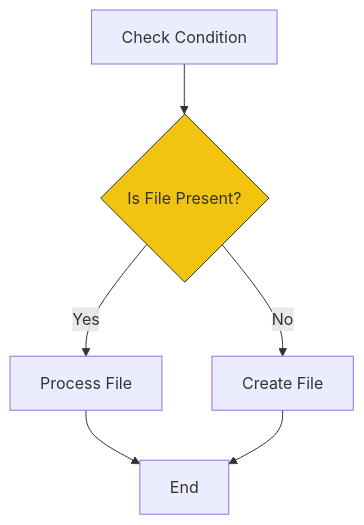
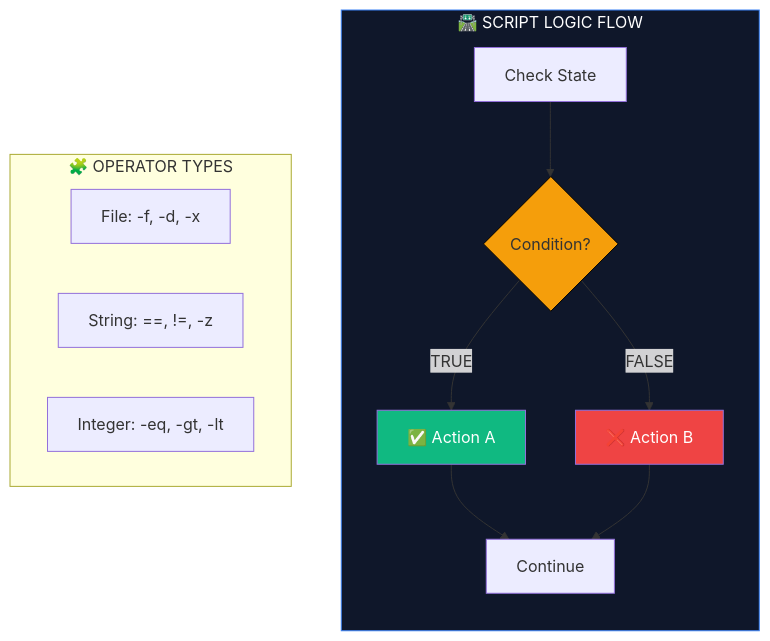
The diagram in 1-Beginner/02-Phase-2/02-Automation/01-Shell-Scripting/15-Conditionals/README.md (Ganil151/Devops), drawn with Mermaid before and after one commit. The commit also changed other lines of this file and 17 other files, not shown here.

````diff
--- a/1-Beginner/02-Phase-2/02-Automation/01-Shell-Scripting/15-Conditionals/README.md
+++ b/1-Beginner/02-Phase-2/02-Automation/01-Shell-Scripting/15-Conditionals/README.md
@@ -23,12 +5,24 @@
 ```mermaid
 graph TD
-    Start[Check Condition] --> Test{Is File Present?}
+    subgraph Decision_Engine ["🛣️ SCRIPT LOGIC FLOW"]
+        direction TB
+        Input[Check State] --> Test{Condition?}
+        Test -->|TRUE| Success[✅ Action A]
+        Test -->|FALSE| Failure[❌ Action B]
+        
+        Success --> Next[Continue]
+        Failure --> Next
+    end
+
+    subgraph Boolean_Logic ["🧩 OPERATOR TYPES"]
+        direction LR
+        File[File: -f, -d, -x]
+        Str[String: ==, !=, -z]
+        Int[Integer: -eq, -gt, -lt]
+    end
     
-    Test -- Yes --> Action1[Process File]
-    Test -- No --> Action2[Create File]
-    
-    Action1 --> End
-    Action2 --> End
-    
-    style Test fill:#f1c40f,stroke:#333
+    style Test fill:#f59e0b,stroke:#000
+    style Success fill:#10b981,color:#fff
+    style Failure fill:#ef4444,color:#fff
+    style Decision_Engine fill:#0f172a,stroke:#3b82f6,color:#fff
 ```
````
